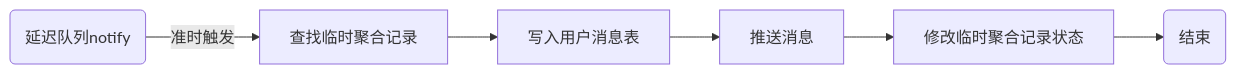
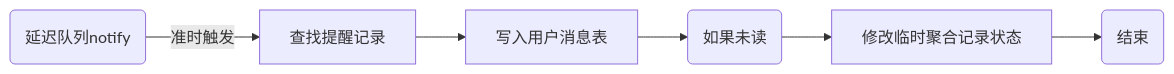
The second of 3 diagrams in 方案/消息与任务.md (ruanjiayou/notes), drawn with Mermaid before and after one commit. The commit also changed other lines of this file and 31 other files, not shown here.

````diff
--- a/方案/消息与任务.md
+++ b/方案/消息与任务.md
@@ -185,4 +186,4 @@
 ```mermaid
 flowchart LR
-   A(延迟队列notify) -- 准时触发 --> B[查找临时聚合记录] --> 写入用户消息表 --> 推送消息 --> 修改临时聚合记录状态 --> C(结束)
+   A(延迟队列notify) -- 准时触发 --> B[查找提醒记录] --> 写入用户消息表 --> 推送消息(如果未读) --> 修改临时聚合记录状态 --> C(结束)
 ```
````
